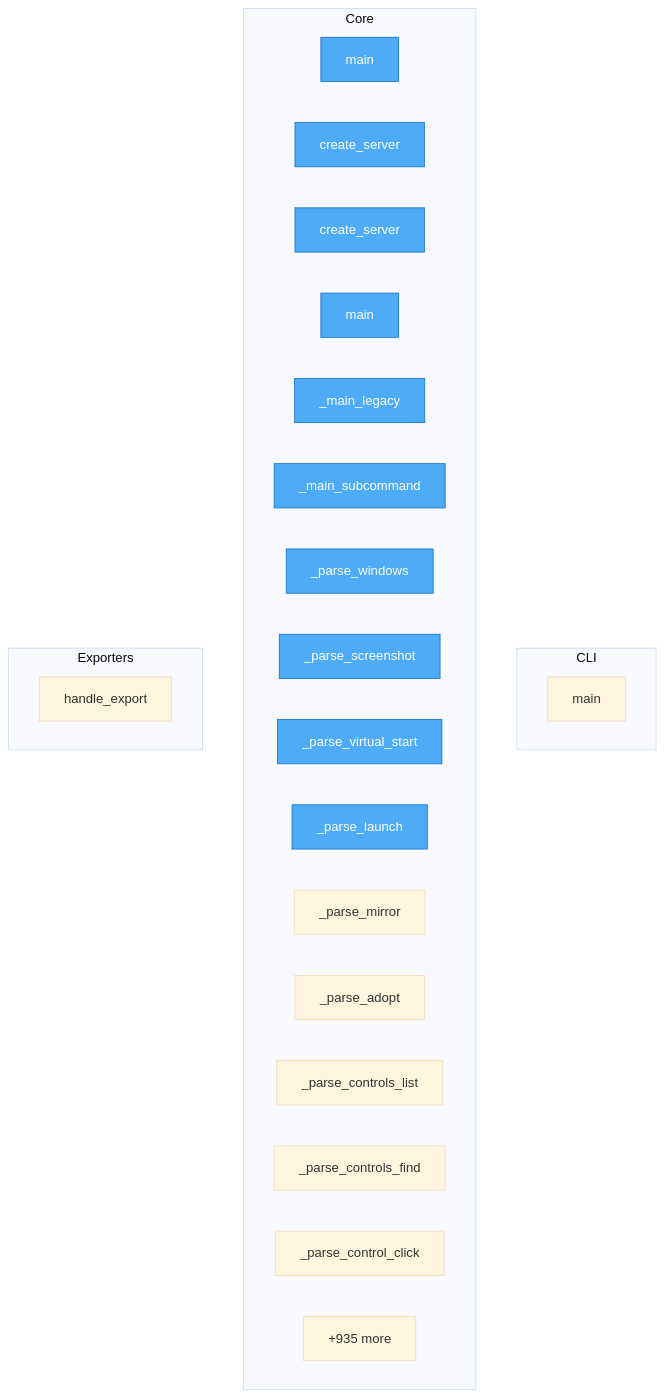
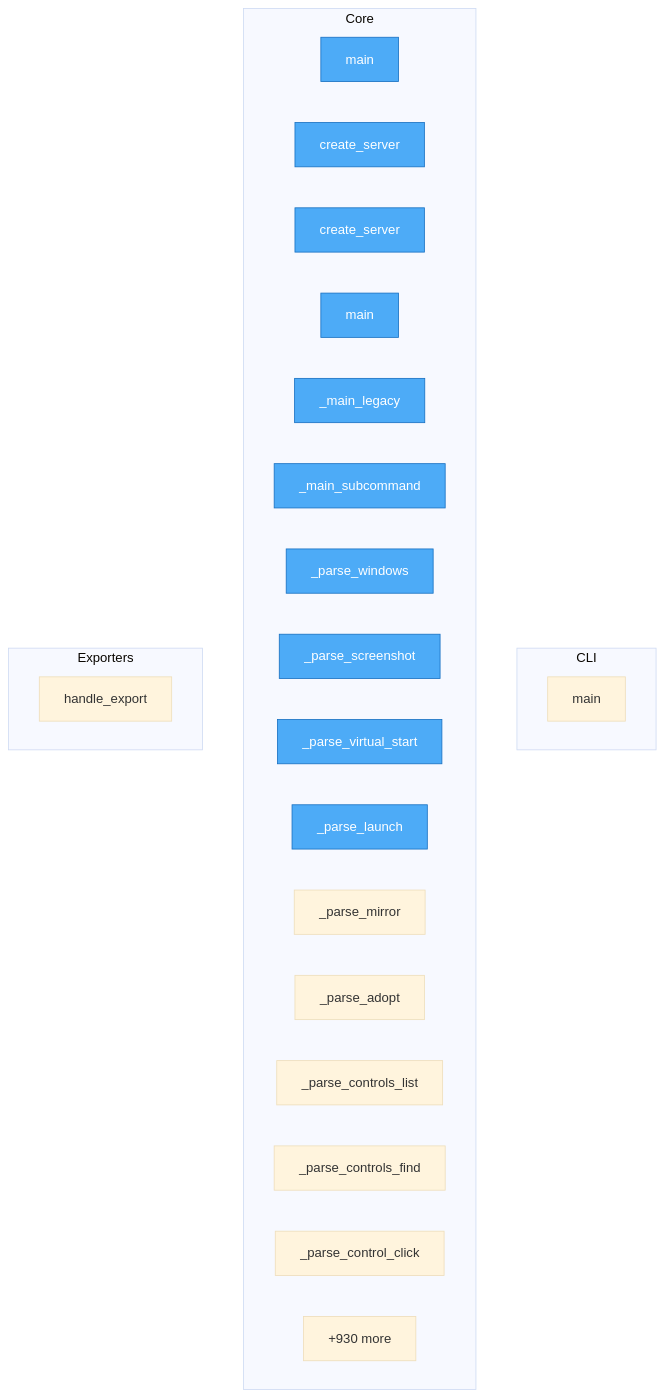
Before and after one commit to wronai/vdisplay: the diagram in project/flow.mmd, drawn with Mermaid (base theme). The commit also changed 27 other files, not shown here.

```diff
--- a/project/flow.mmd
+++ b/project/flow.mmd
@@ -1,34 +1,34 @@
 flowchart TD
-%% generated in 0.09s
+%% generated in 0.10s
 
     %% Entry points (blue)
     classDef entry fill:#4dabf7,stroke:#1971c2,color:#fff
 
     subgraph CLI
         packages__cli2vdisplay__src__cli2vdisplay__cli__main["main"]
     end
 
     subgraph Core
         packages__mcp2vdisplay__src__mcp2vdisplay__cli__main["main"]
         packages__mcp2vdisplay__src__mcp2vdisplay__cli__create_server["create_server"]
         packages__mcp2vdisplay__src__mcp2vdisplay__server__create_server["create_server"]
         packages__dsl2vdisplay__src__dsl2vdisplay__cli__main["main"]
         packages__dsl2vdisplay__src__dsl2vdisplay__cli___main_legacy["_main_legacy"]
         packages__dsl2vdisplay__src__dsl2vdisplay__cli___main_subcommand["_main_subcommand"]
         packages__dsl2vdisplay__src__dsl2vdisplay__grammar___parse_windows["_parse_windows"]
         packages__dsl2vdisplay__src__dsl2vdisplay__grammar___parse_screenshot["_parse_screenshot"]
         packages__dsl2vdisplay__src__dsl2vdisplay__grammar___parse_virtual_start["_parse_virtual_start"]
         packages__dsl2vdisplay__src__dsl2vdisplay__grammar___parse_launch["_parse_launch"]
         packages__dsl2vdisplay__src__dsl2vdisplay__grammar___parse_mirror["_parse_mirror"]
         packages__dsl2vdisplay__src__dsl2vdisplay__grammar___parse_adopt["_parse_adopt"]
         packages__dsl2vdisplay__src__dsl2vdisplay__grammar___parse_controls_list["_parse_controls_list"]
         packages__dsl2vdisplay__src__dsl2vdisplay__grammar___parse_controls_find["_parse_controls_find"]
         packages__dsl2vdisplay__src__dsl2vdisplay__grammar___parse_control_click["_parse_control_click"]
-        ...["+935 more"]
+        ...["+930 more"]
     end
 
     subgraph Exporters
         src__vdisplay__commands__session__handle_export["handle_export"]
     end
 
     class packages__mcp2vdisplay__src__mcp2vdisplay__cli__main,packages__mcp2vdisplay__src__mcp2vdisplay__cli__create_server,packages__mcp2vdisplay__src__mcp2vdisplay__server__create_server,packages__dsl2vdisplay__src__dsl2vdisplay__cli__main,packages__dsl2vdisplay__src__dsl2vdisplay__cli___main_legacy,packages__dsl2vdisplay__src__dsl2vdisplay__cli___main_subcommand,packages__dsl2vdisplay__src__dsl2vdisplay__grammar___parse_windows,packages__dsl2vdisplay__src__dsl2vdisplay__grammar___parse_screenshot,packages__dsl2vdisplay__src__dsl2vdisplay__grammar___parse_virtual_start,packages__dsl2vdisplay__src__dsl2vdisplay__grammar___parse_launch entry
```
